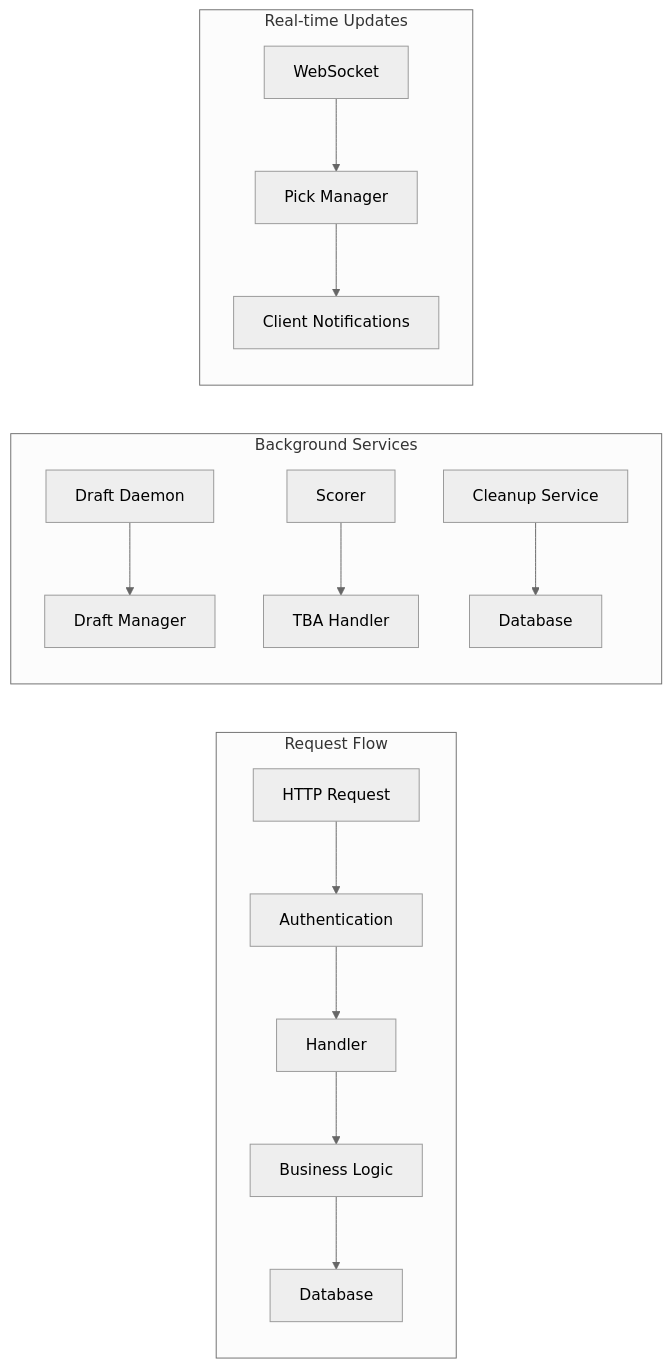
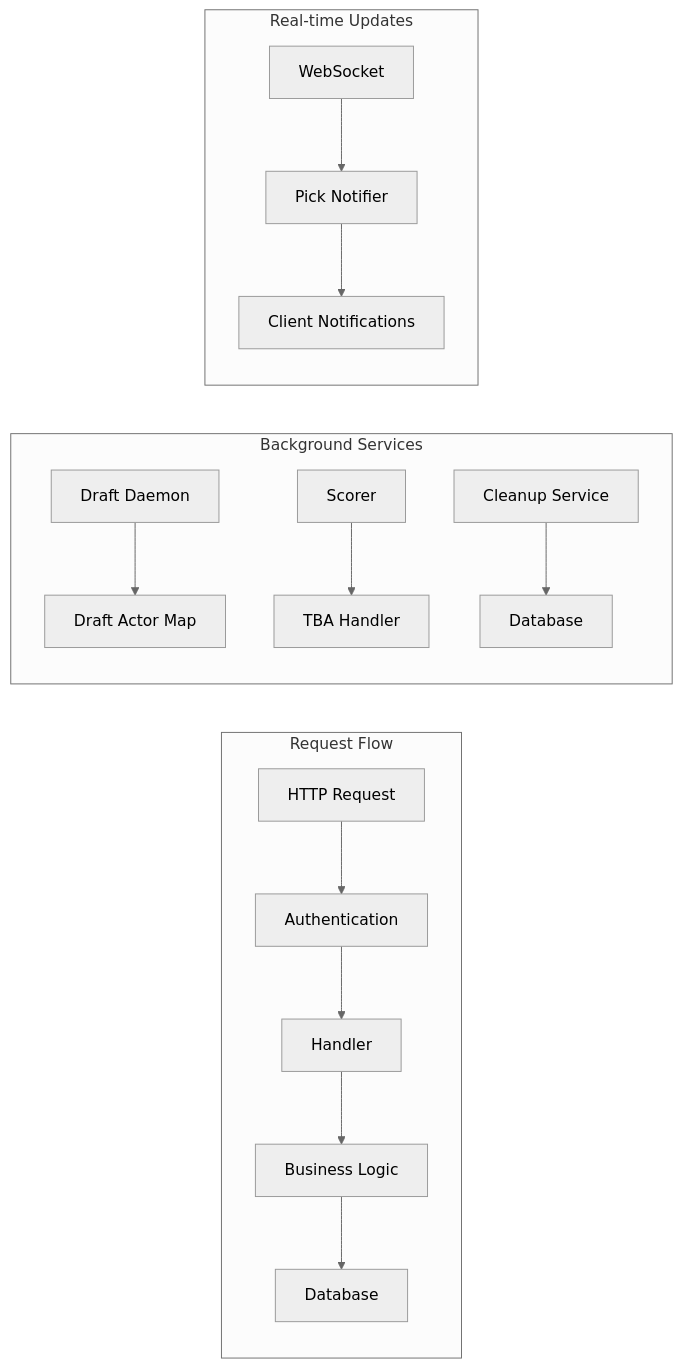
One commit to squirlemaster42/fantasy-frc-web changed the first of 3 diagrams in docs/architecture/component-interactions.md. Above: the diagram before and after it, drawn with Mermaid (neutral theme). The commit also changed other lines of this file and 28 other files, not shown here.

````diff
--- a/docs/architecture/component-interactions.md
+++ b/docs/architecture/component-interactions.md
@@ -7,20 +7,20 @@
 ```mermaid
 graph LR
     subgraph "Request Flow"
         A[HTTP Request] --> B[Authentication]
         B --> C[Handler]
         C --> D[Business Logic]
         D --> E[Database]
     end
     
     subgraph "Background Services"
-        F[Draft Daemon] --> G[Draft Manager]
+        F[Draft Daemon] --> G[Draft Actor Map]
         H[Scorer] --> I[TBA Handler]
         J[Cleanup Service] --> K[Database]
     end
-    
+
     subgraph "Real-time Updates"
-        L[WebSocket] --> M[Pick Manager]
+        L[WebSocket] --> M[Pick Notifier]
         M --> N[Client Notifications]
     end
 ```
````
